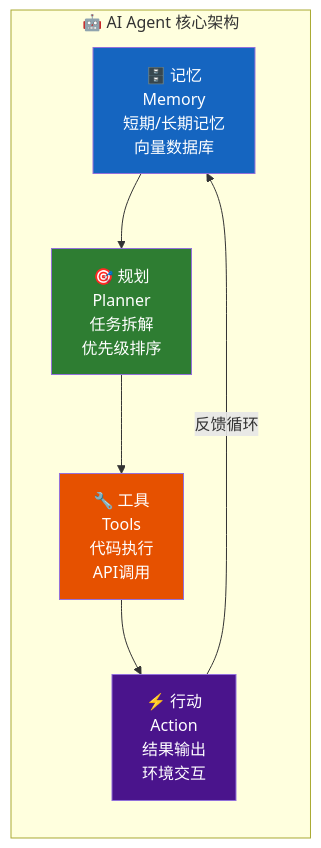
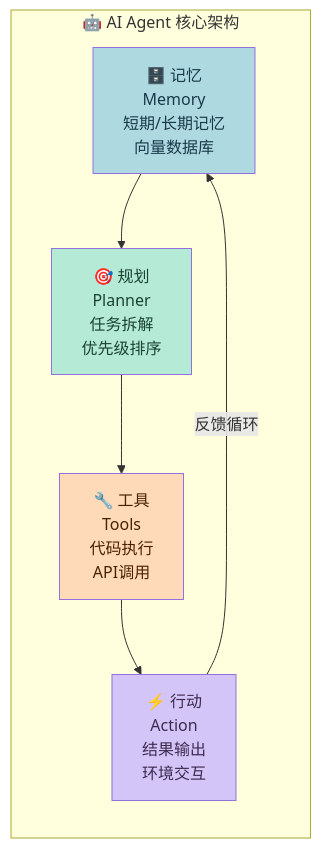
Before and after one commit to xuqi2024/xuqi2024.github.io: the second of 5 diagrams in source/_posts/2026-04-14-ai-agent-principles-and-practice.md, drawn with Mermaid. The commit also changed other lines of this file and 3 other files, not shown here.

First line of the commit message:
style: 将所有 Mermaid 图表配色改为马卡龙色系，修复节点换行显示

````diff
--- a/source/_posts/2026-04-14-ai-agent-principles-and-practice.md
+++ b/source/_posts/2026-04-14-ai-agent-principles-and-practice.md
@@ -95,17 +95,17 @@
 ```mermaid
 graph LR
     subgraph Agent["🤖 AI Agent 核心架构"]
         M["🗄️ 记忆<br/>Memory<br/>短期/长期记忆<br/>向量数据库"]
         P["🎯 规划<br/>Planner<br/>任务拆解<br/>优先级排序"]
         T["🔧 工具<br/>Tools<br/>代码执行<br/>API调用"]
         A["⚡ 行动<br/>Action<br/>结果输出<br/>环境交互"]
     end
 
     M --> P --> T --> A
     A -->|"反馈循环"| M
 
-    style M fill:#1565C0,color:#fff
-    style P fill:#2E7D32,color:#fff
-    style T fill:#E65100,color:#fff
-    style A fill:#4A148C,color:#fff
+    style M fill:#AED9E0,color:#1A3A4A
+    style P fill:#B5EAD7,color:#1B4332
+    style T fill:#FFDAB9,color:#4A2200
+    style A fill:#D4C5F9,color:#3D2B4F
 ```
````
